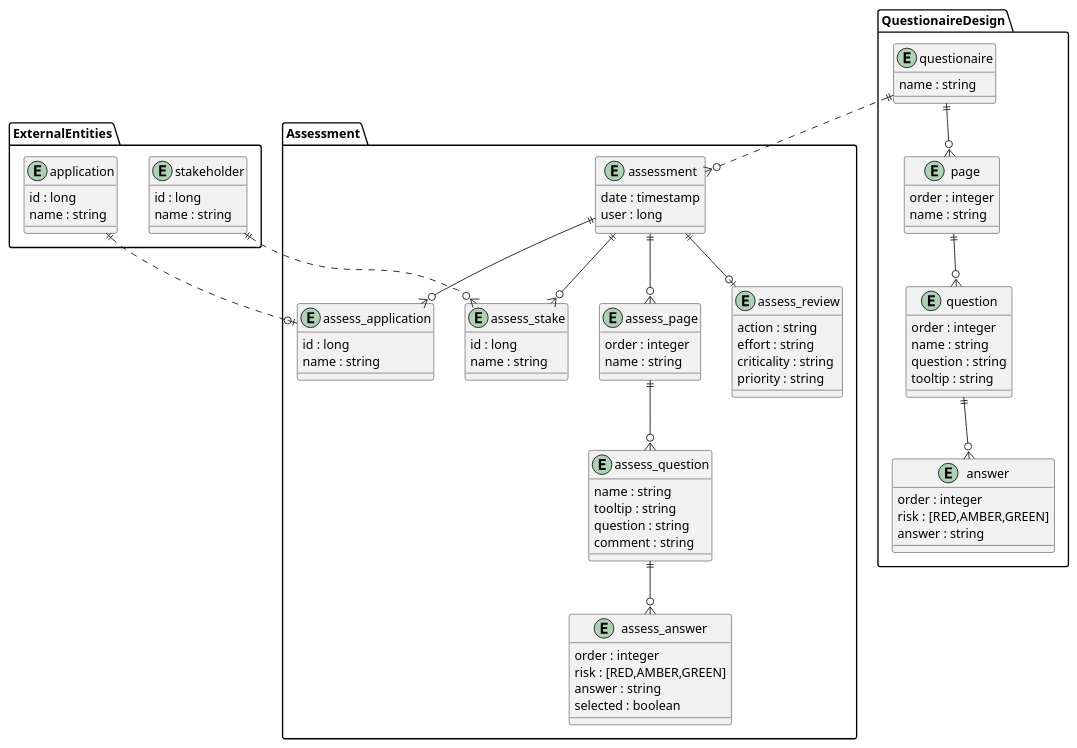
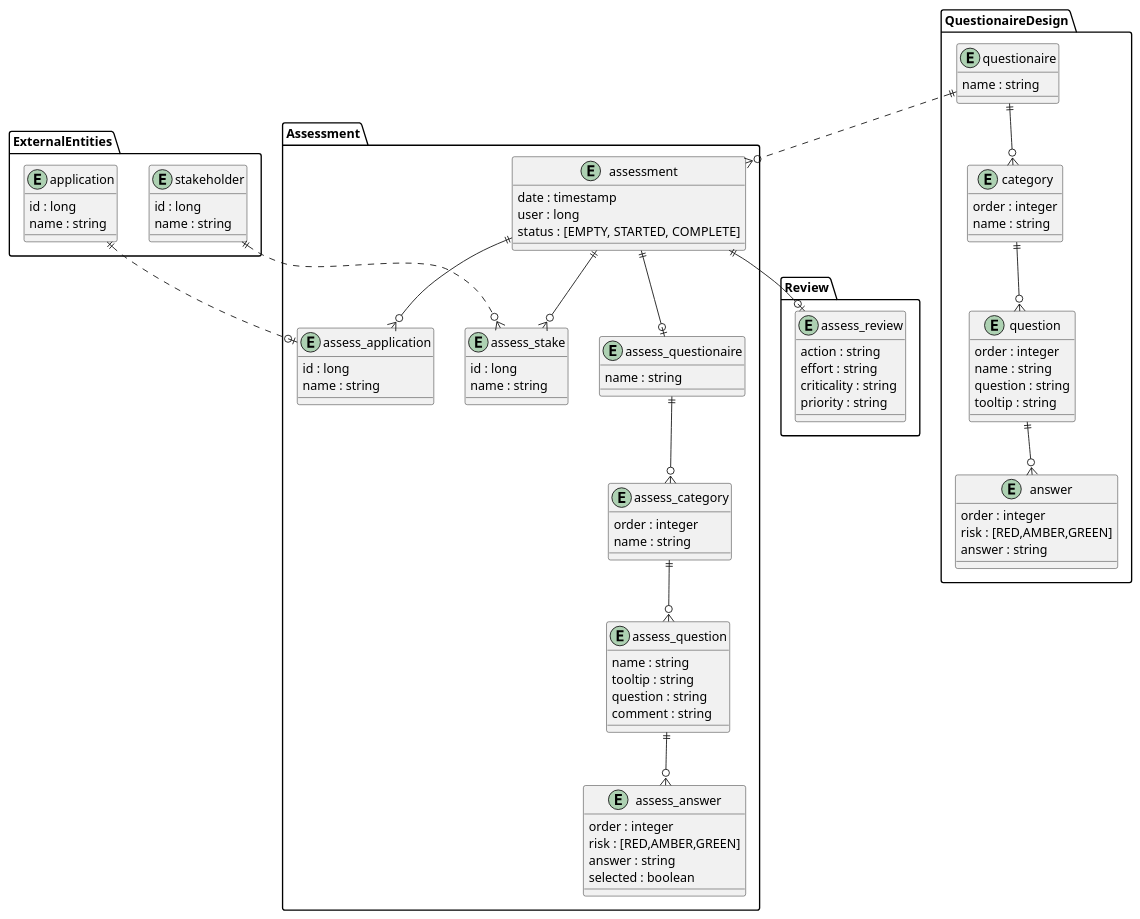
Before and after one commit to konveyor/tackle-pathfinder: the second of 2 diagrams in README.md, drawn with PlantUML. The commit also changed other lines of this file, not shown here.

Commit message:
Tweaked a bit the Model design

```diff
--- a/README.md
+++ b/README.md
@@ -77,8 +82,12 @@
     entity assessment {
         date : timestamp
         user : long
+        status : [EMPTY, STARTED, COMPLETE]
     }
-    entity assess_page {
+    entity assess_questionaire {
+        name : string
+    }
+    entity assess_category {
         order : integer
         name : string
     }
@@ -105,7 +114,8 @@
         id : long
         name : string
     }
-
+}
+package Review {
     entity assess_review {
         action : string
         effort : string
@@ -118,7 +128,7 @@
     entity questionaire {
         name : string
     }
-    entity page {
+    entity category {
         order : integer
         name : string
     }
@@ -137,9 +147,10 @@
 
 assessment ||--o{ assess_application
 assessment ||--o{ assess_stake
-assessment ||--o{ assess_page
+assessment ||--o| assess_questionaire
+assess_questionaire ||--o{ assess_category
 assessment ||--o| assess_review
-assess_page ||--o{ assess_question
+assess_category ||--o{ assess_question
 assess_question ||--o{ assess_answer
 
 application ||..o| assess_application
@@ -147,8 +158,8 @@
 
 questionaire ||..o{ assessment
 
-questionaire ||--o{ page
-page ||--o{ question
+questionaire ||--o{ category
+category ||--o{ question
 question ||--o{ answer
 
 @enduml
```
